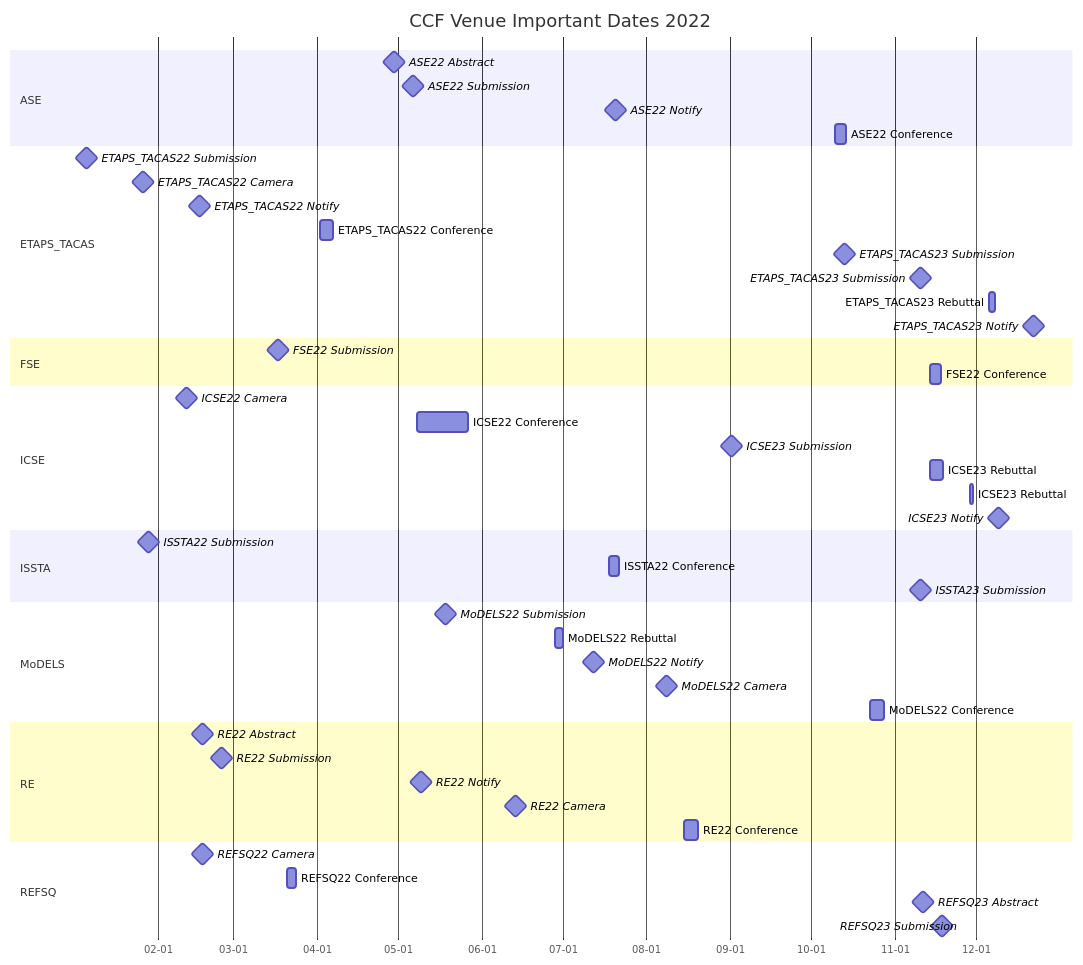
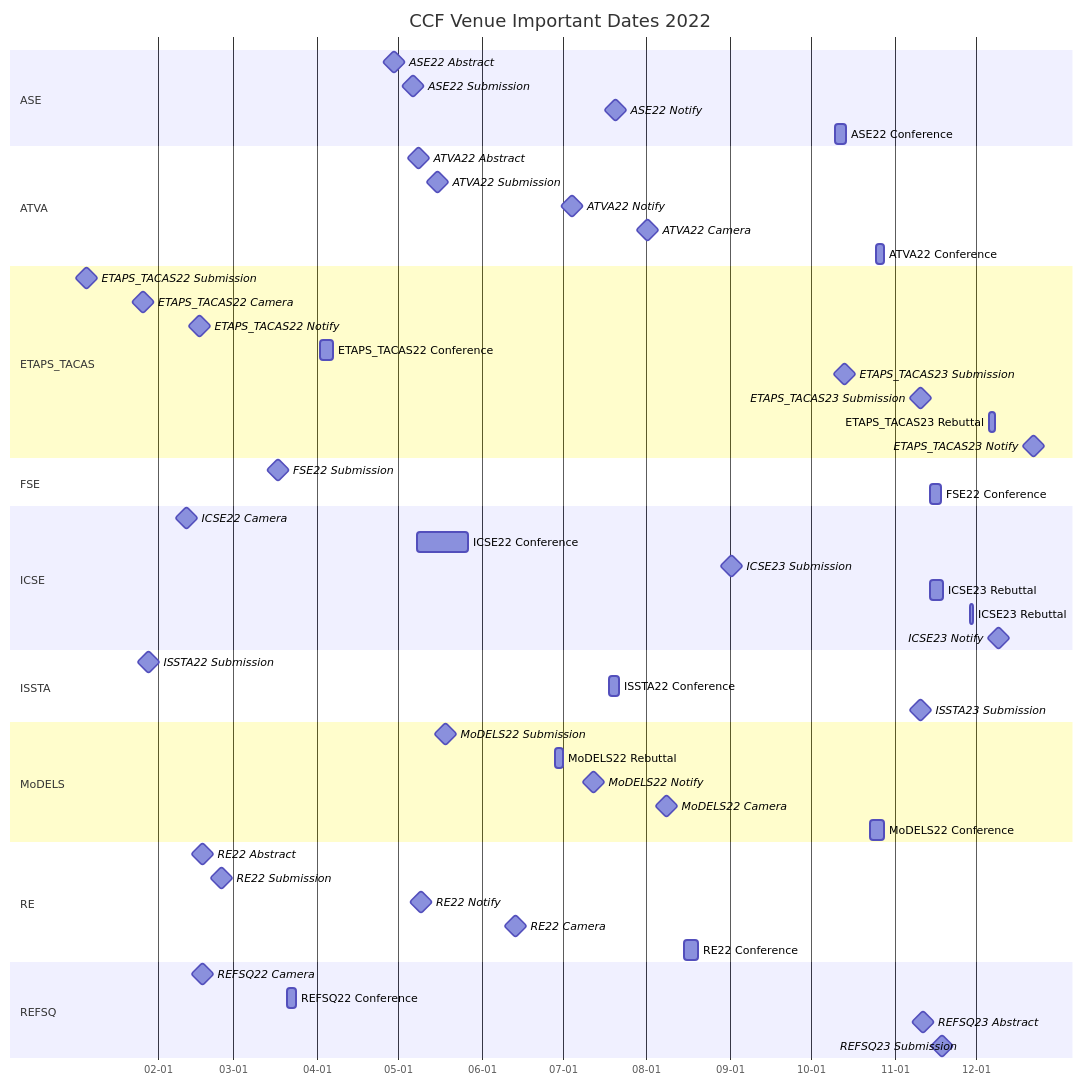
One commit to HansBug/research_ideas changed the seventh of 9 diagrams in ccf_venues/TIMELINE.md. Above: the diagram before and after it, drawn with Mermaid. The commit also changed other lines of this file and 67 other files, not shown here.

````diff
--- a/ccf_venues/TIMELINE.md
+++ b/ccf_venues/TIMELINE.md
@@ -729,60 +844,67 @@
 ```mermaid
 gantt
   title CCF Venue Important Dates 2022
   dateFormat YYYY-MM-DD
   axisFormat %m-%d
 
   section ASE
   ASE22 Abstract :milestone, ase_2022_1_20220429, 2022-04-29, 1d
   ASE22 Submission :milestone, ase_2022_2_20220506, 2022-05-06, 1d
   ASE22 Notify :milestone, ase_2022_3_20220720, 2022-07-20, 1d
   ASE22 Conference :ase_2022_4_20221010, 2022-10-10, 2022-10-14
+
+  section ATVA
+  ATVA22 Abstract :milestone, atva_2022_1_20220508, 2022-05-08, 1d
+  ATVA22 Submission :milestone, atva_2022_2_20220515, 2022-05-15, 1d
+  ATVA22 Notify :milestone, atva_2022_3_20220704, 2022-07-04, 1d
+  ATVA22 Camera :milestone, atva_2022_4_20220801, 2022-08-01, 1d
+  ATVA22 Conference :atva_2022_5_20221025, 2022-10-25, 2022-10-28
 
   section ETAPS_TACAS
   ETAPS_TACAS22 Submission :milestone, etaps_tacas_2022_1_20220105, 2022-01-05, 1d
   ETAPS_TACAS22 Camera :milestone, etaps_tacas_2022_2_20220126, 2022-01-26, 1d
   ETAPS_TACAS22 Notify :milestone, etaps_tacas_2022_3_20220216, 2022-02-16, 1d
   ETAPS_TACAS22 Conference :etaps_tacas_2022_4_20220402, 2022-04-02, 2022-04-07
   ETAPS_TACAS23 Submission :milestone, etaps_tacas_2022_5_20221013, 2022-10-13, 1d
   ETAPS_TACAS23 Submission :milestone, etaps_tacas_2022_6_20221110, 2022-11-10, 1d
   ETAPS_TACAS23 Rebuttal :etaps_tacas_2022_7_20221206, 2022-12-06, 2022-12-08
   ETAPS_TACAS23 Notify :milestone, etaps_tacas_2022_8_20221222, 2022-12-22, 1d
 
   section FSE
   FSE22 Submission :milestone, fse_2022_1_20220317, 2022-03-17, 1d
   FSE22 Conference :fse_2022_2_20221114, 2022-11-14, 2022-11-18
 
   section ICSE
   ICSE22 Camera :milestone, icse_2022_1_20220211, 2022-02-11, 1d
   ICSE22 Conference :icse_2022_2_20220508, 2022-05-08, 2022-05-27
   ICSE23 Submission :milestone, icse_2022_3_20220901, 2022-09-01, 1d
   ICSE23 Rebuttal :icse_2022_4_20221114, 2022-11-14, 2022-11-19
   ICSE23 Rebuttal :icse_2022_5_20221129, 2022-11-29, 2022-11-30
   ICSE23 Notify :milestone, icse_2022_6_20221209, 2022-12-09, 1d
 
   section ISSTA
   ISSTA22 Submission :milestone, issta_2022_1_20220128, 2022-01-28, 1d
   ISSTA22 Conference :issta_2022_2_20220718, 2022-07-18, 2022-07-22
   ISSTA23 Submission :milestone, issta_2022_3_20221110, 2022-11-10, 1d
 
   section MoDELS
   MoDELS22 Submission :milestone, models_2022_1_20220518, 2022-05-18, 1d
   MoDELS22 Rebuttal :models_2022_2_20220628, 2022-06-28, 2022-07-01
   MoDELS22 Notify :milestone, models_2022_3_20220712, 2022-07-12, 1d
   MoDELS22 Camera :milestone, models_2022_4_20220808, 2022-08-08, 1d
   MoDELS22 Conference :models_2022_5_20221023, 2022-10-23, 2022-10-28
 
   section RE
   RE22 Abstract :milestone, re_2022_1_20220217, 2022-02-17, 1d
   RE22 Submission :milestone, re_2022_2_20220224, 2022-02-24, 1d
   RE22 Notify :milestone, re_2022_3_20220509, 2022-05-09, 1d
   RE22 Camera :milestone, re_2022_4_20220613, 2022-06-13, 1d
   RE22 Conference :re_2022_5_20220815, 2022-08-15, 2022-08-20
 
   section REFSQ
   REFSQ22 Camera :milestone, refsq_2022_1_20220217, 2022-02-17, 1d
   REFSQ22 Conference :refsq_2022_2_20220321, 2022-03-21, 2022-03-24
   REFSQ23 Abstract :milestone, refsq_2022_3_20221111, 2022-11-11, 1d
   REFSQ23 Submission :milestone, refsq_2022_4_20221118, 2022-11-18, 1d
 
 ```
````
